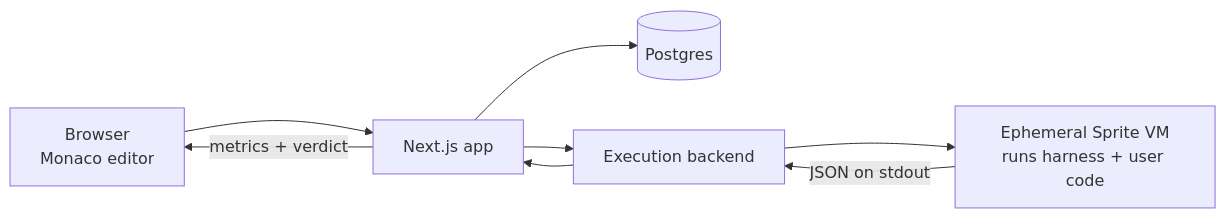
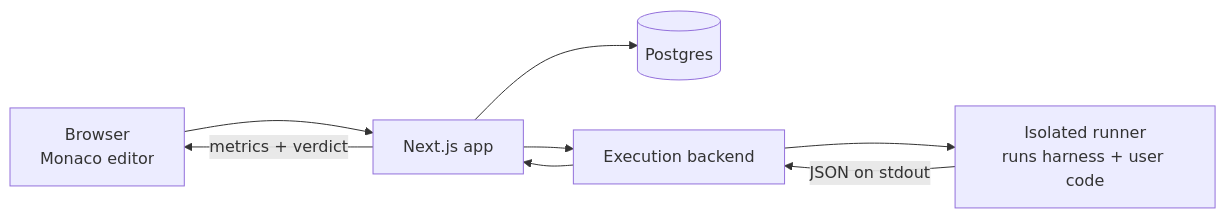
One commit to roughstack/web-platform changed the diagram in README.md. Above: the diagram before and after it, drawn with Mermaid. The commit also changed other lines of this file and 1 other file, not shown here.

````diff
--- a/README.md
+++ b/README.md
@@ -19,10 +21,10 @@
 ```mermaid
 flowchart LR
     User["Browser<br/>Monaco editor"] --> App["Next.js app"]
     App --> DB[("Postgres")]
     App --> Backend["Execution backend"]
-    Backend --> Sprite["Ephemeral Sprite VM<br/>runs harness + user code"]
+    Backend --> Sprite["Isolated runner<br/>runs harness + user code"]
     Sprite -->|"JSON on stdout"| Backend
     Backend --> App
     App -->|"metrics + verdict"| User
 ```
````
